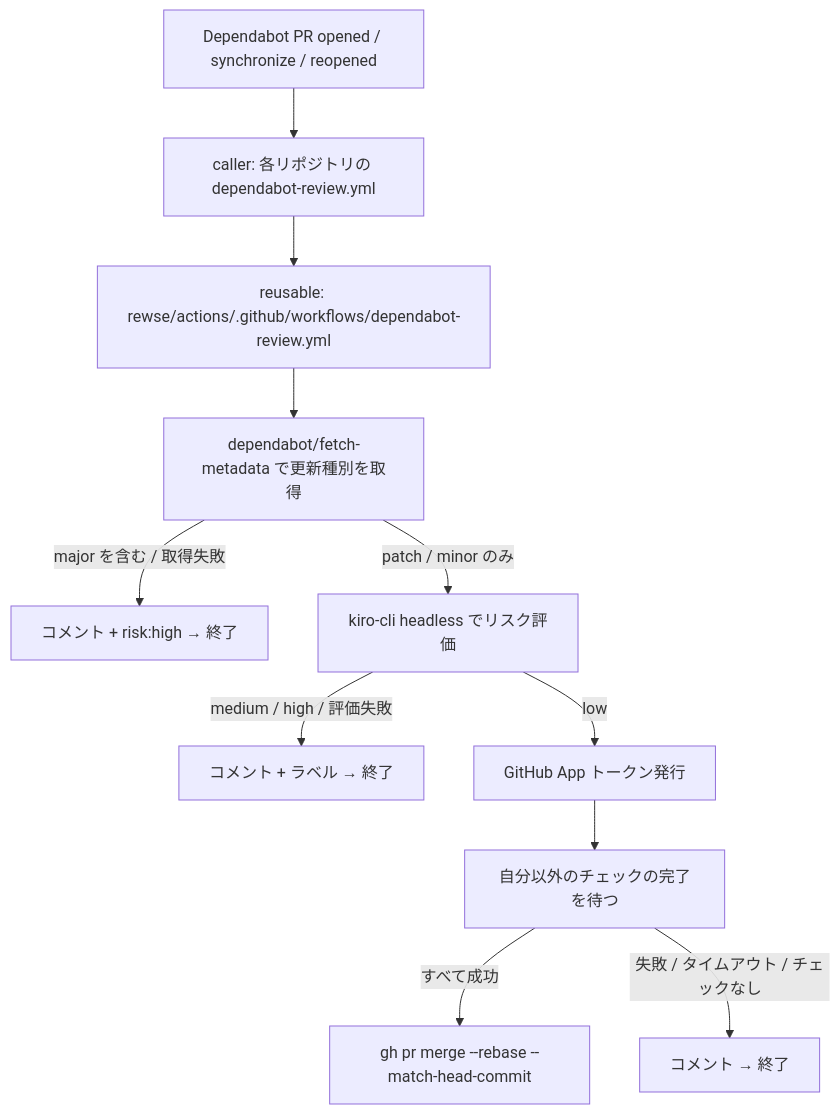
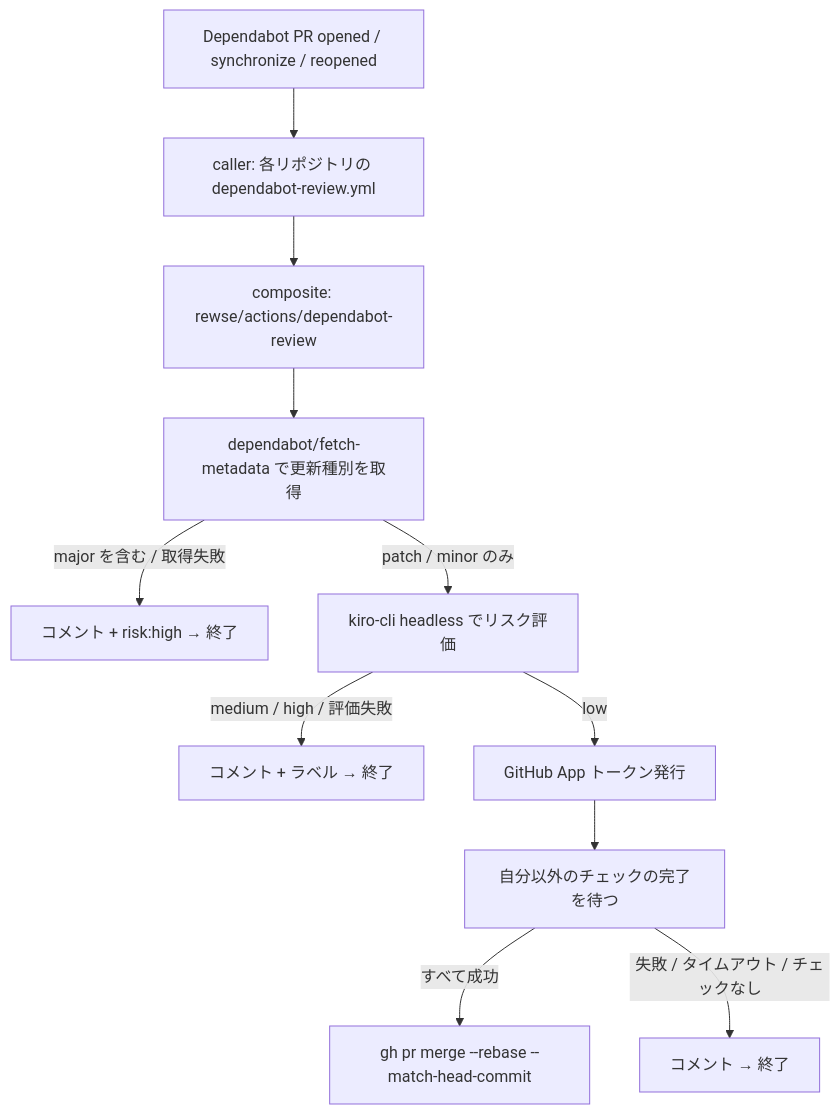
Before and after one commit to rewse/actions: the diagram in docs/superpowers/specs/2026-10-04-dependabot-kiro-review-design.md, drawn with Mermaid. The commit also changed other lines of this file, not shown here.

Commit message:
docs: ship the review as a composite action

````diff
--- a/docs/superpowers/specs/2026-10-04-dependabot-kiro-review-design.md
+++ b/docs/superpowers/specs/2026-10-04-dependabot-kiro-review-design.md
@@ -19,13 +19,13 @@
 ```mermaid
 flowchart TD
   A[Dependabot PR opened / synchronize / reopened] --> B[caller: 各リポジトリの dependabot-review.yml]
-  B --> C[reusable: rewse/actions/.github/workflows/dependabot-review.yml]
+  B --> C[composite: rewse/actions/dependabot-review]
   C --> D[dependabot/fetch-metadata で更新種別を取得]
   D -->|major を含む / 取得失敗| X[コメント + risk:high → 終了]
   D -->|patch / minor のみ| E[kiro-cli headless でリスク評価]
   E -->|medium / high / 評価失敗| Y[コメント + ラベル → 終了]
   E -->|low| F[GitHub App トークン発行]
   F --> G[自分以外のチェックの完了を待つ]
   G -->|すべて成功| H[gh pr merge --rebase --match-head-commit]
   G -->|失敗 / タイムアウト / チェックなし| Z[コメント → 終了]
 ```
````
